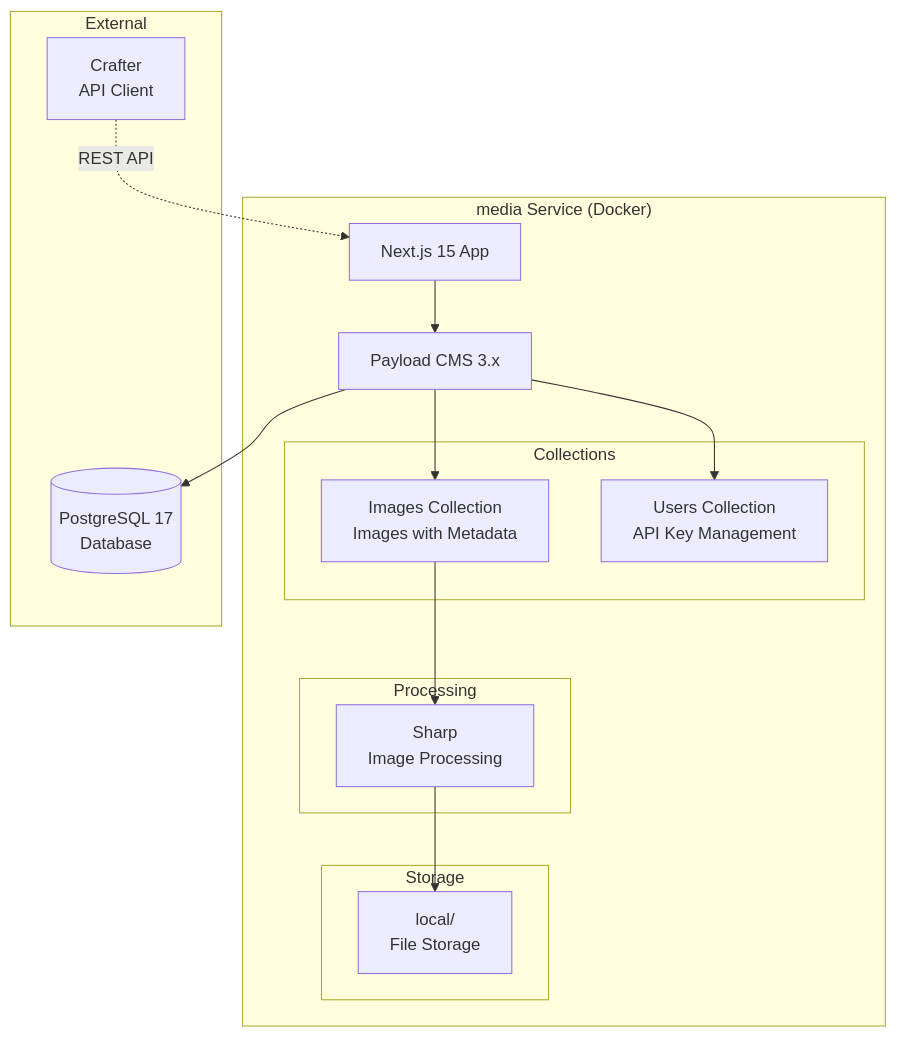
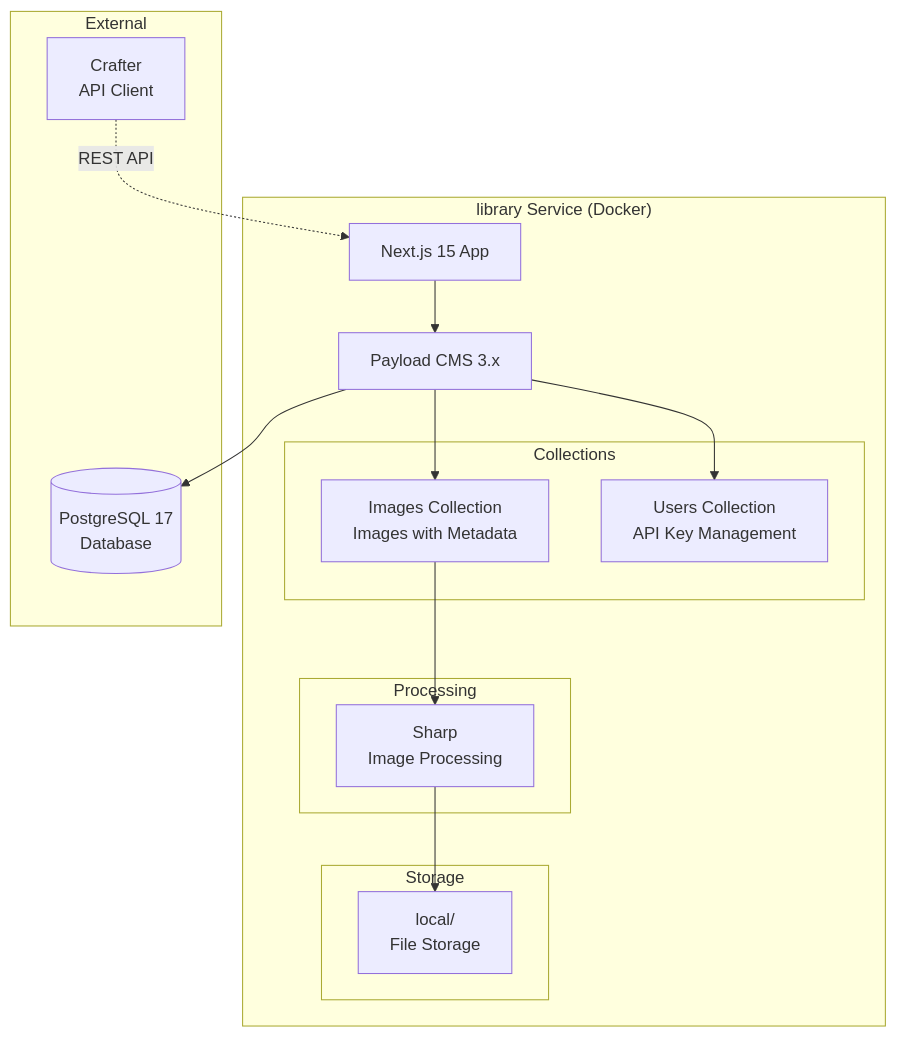
One commit to mainzcript/ujl changed the seventh of 8 diagrams in apps/docs/src/arc42/05-building-block-view.md. Above: the diagram before and after it, drawn with Mermaid. The commit also changed other lines of this file and 6 other files, not shown here.

Commit message:
refactor: enhance architecture documentation with detailed explanations of module-to-node transformations, structural relationships, and deployment strategies, while improving clarity and consistency across sections

````diff
--- a/apps/docs/src/arc42/05-building-block-view.md
+++ b/apps/docs/src/arc42/05-building-block-view.md
@@ -1384,35 +1042,35 @@
 ```mermaid
 graph TB
-    subgraph "media Service (Docker)"
+    subgraph "library Service (Docker)"
         NextApp[Next.js 15 App]
         PayloadCMS[Payload CMS 3.x]
 
         subgraph "Collections"
             ImagesCollection[Images Collection<br/>Images with Metadata]
             UsersCollection[Users Collection<br/>API Key Management]
         end
 
         subgraph "Storage"
             LocalStorage[local/<br/>File Storage]
         end
 
         subgraph "Processing"
             Sharp[Sharp<br/>Image Processing]
         end
     end
 
     subgraph "External"
         PostgreSQL[(PostgreSQL 17<br/>Database)]
         Crafter[Crafter<br/>API Client]
     end
 
     NextApp --> PayloadCMS
     PayloadCMS --> ImagesCollection
     PayloadCMS --> UsersCollection
     PayloadCMS --> PostgreSQL
 
     ImagesCollection --> Sharp
     Sharp --> LocalStorage
 
     Crafter -.->|REST API| NextApp
 ```
````
